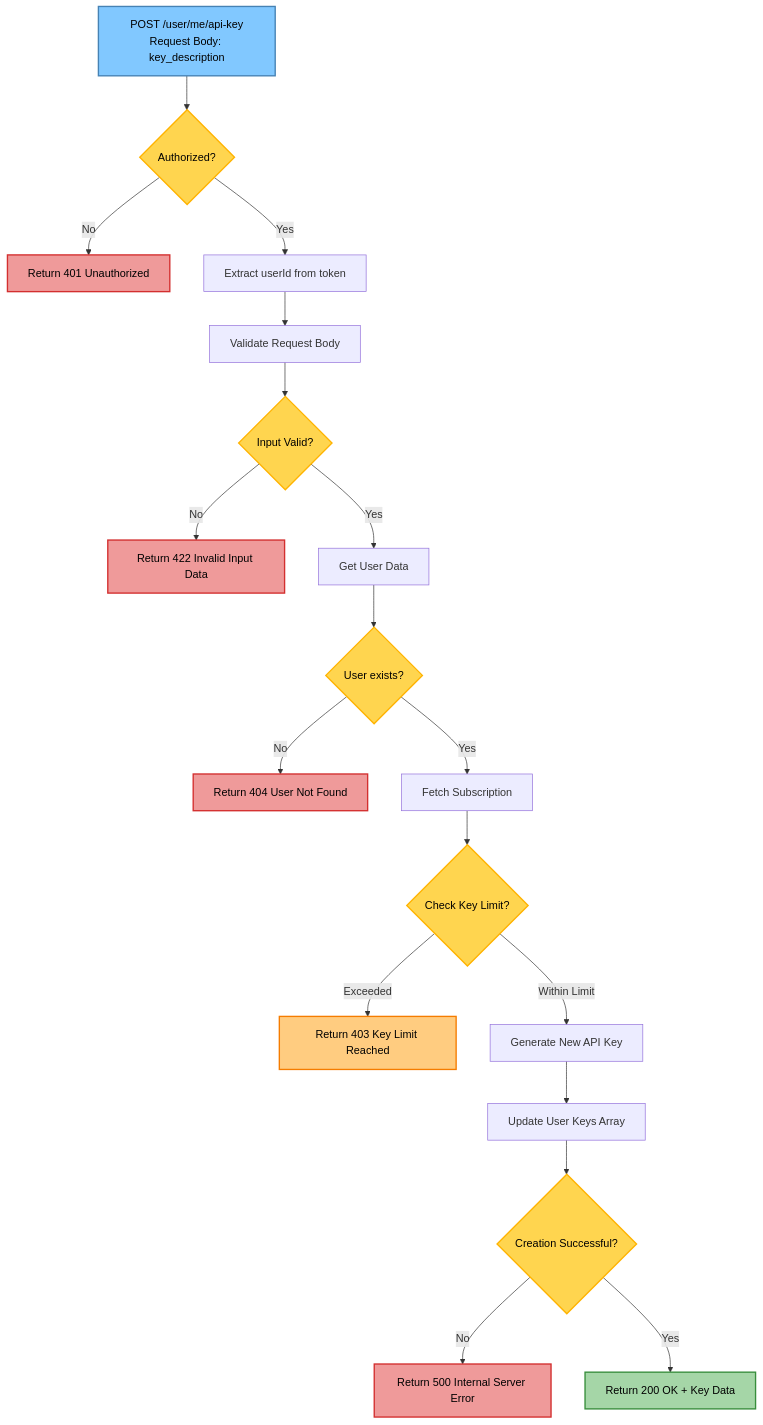
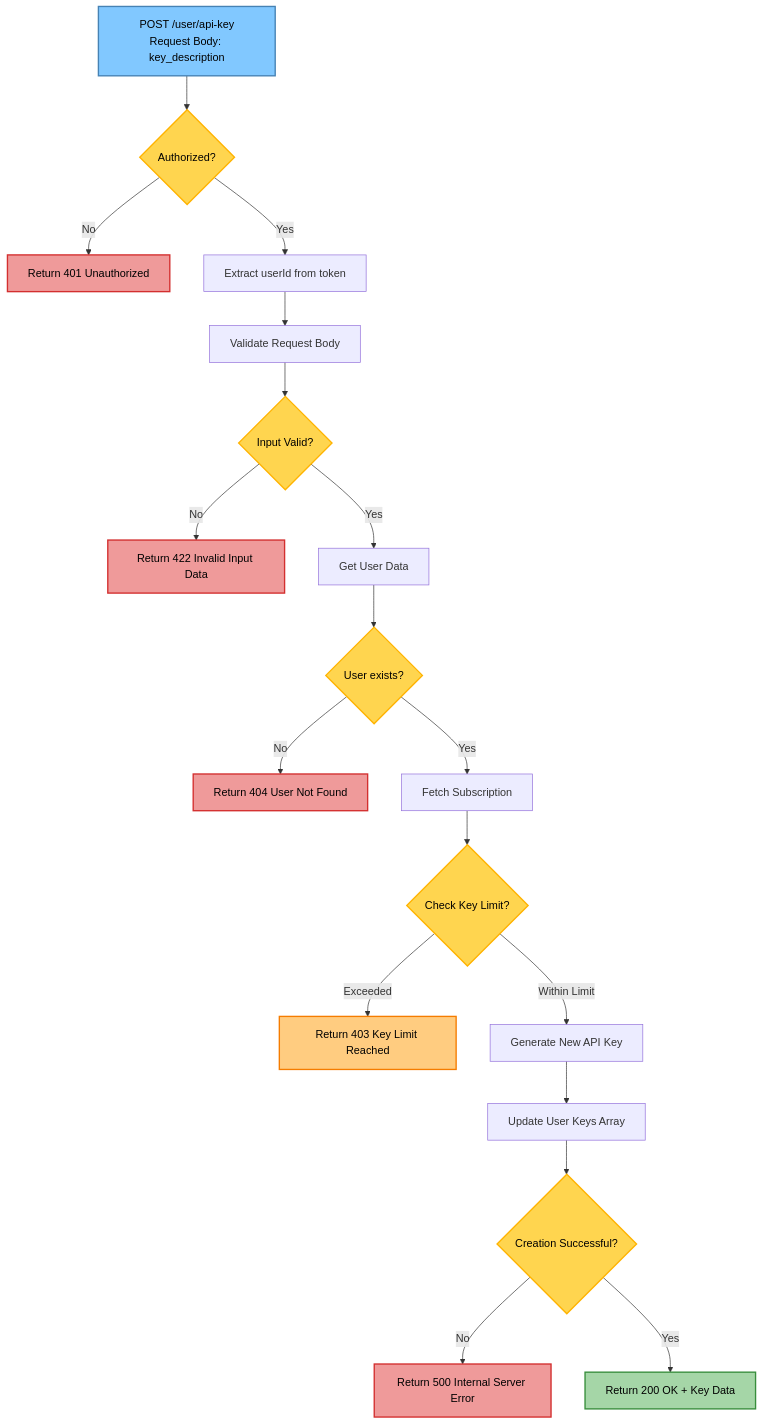
Before and after one commit to TeamShiksha/openlogo: diagram 12 of 26 in docs/DEVELOPMENT.md, drawn with Mermaid. The commit also changed other lines of this file and 2 other files, not shown here.

````diff
--- a/docs/DEVELOPMENT.md
+++ b/docs/DEVELOPMENT.md
@@ -990,41 +1008,41 @@
 ```mermaid
 flowchart TD
-%% API Flow: POST /user/me/api-key
-Start[POST /user/me/api-key<br/>Request Body: key_description] --> Auth{Authorized?}
+%% API Flow: POST /user/api-key
+Start[POST /user/api-key<br/>Request Body: key_description] --> Auth{Authorized?}
 
 Auth -->|No| Auth401[Return 401 Unauthorized]
 Auth -->|Yes| ExtractUserId[Extract userId from token]
 
 ExtractUserId --> ValidateInput[Validate Request Body]
 ValidateInput --> InputValid{Input Valid?}
 
 InputValid -->|No| Input422[Return 422 Invalid Input Data]
 InputValid -->|Yes| GetUser[Get User Data]
 
 GetUser --> UserExists{User exists?}
 UserExists -->|No| User404[Return 404 User Not Found]
 UserExists -->|Yes| GetSubscription[Fetch Subscription]
 
 GetSubscription --> CheckLimit{Check Key Limit?}
 CheckLimit -->|Exceeded| Limit403[Return 403 Key Limit Reached]
 CheckLimit -->|Within Limit| GenerateKey[Generate New API Key]
 
 GenerateKey --> UpdateUser[Update User Keys Array]
 UpdateUser --> CreateSuccess{Creation Successful?}
 
 CreateSuccess -->|No| Server500[Return 500 Internal Server Error]
 CreateSuccess -->|Yes| Success200[Return 200 OK + Key Data]
 
 classDef startEnd fill:#81C8FF,stroke:#4682B4,stroke-width:2px,color:#000;
 classDef decision fill:#FFD54F,stroke:#FFB300,stroke-width:2px,color:#000;
 classDef success fill:#A5D6A7,stroke:#388E3C,stroke-width:2px,color:#000;
 classDef error fill:#EF9A9A,stroke:#D32F2F,stroke-width:2px,color:#000;
 classDef warning fill:#FFCC80,stroke:#F57C00,stroke-width:2px,color:#000;
 
 class Start,Success200 startEnd
 class Auth,InputValid,UserExists,CheckLimit,CreateSuccess decision
 class Success200 success
 class Auth401,Input422,User404,Server500 error
 class Limit403 warning
 
 ```
````
